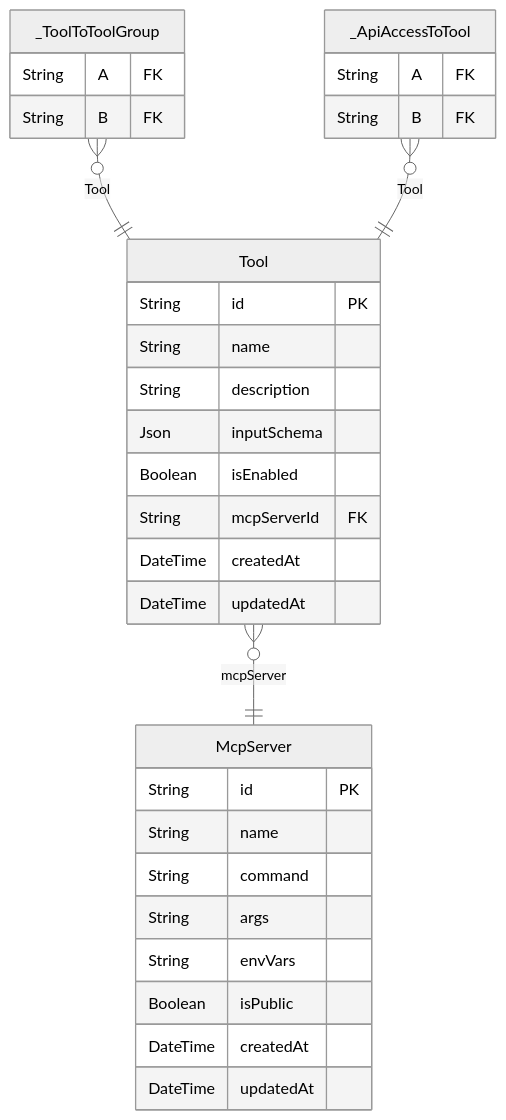
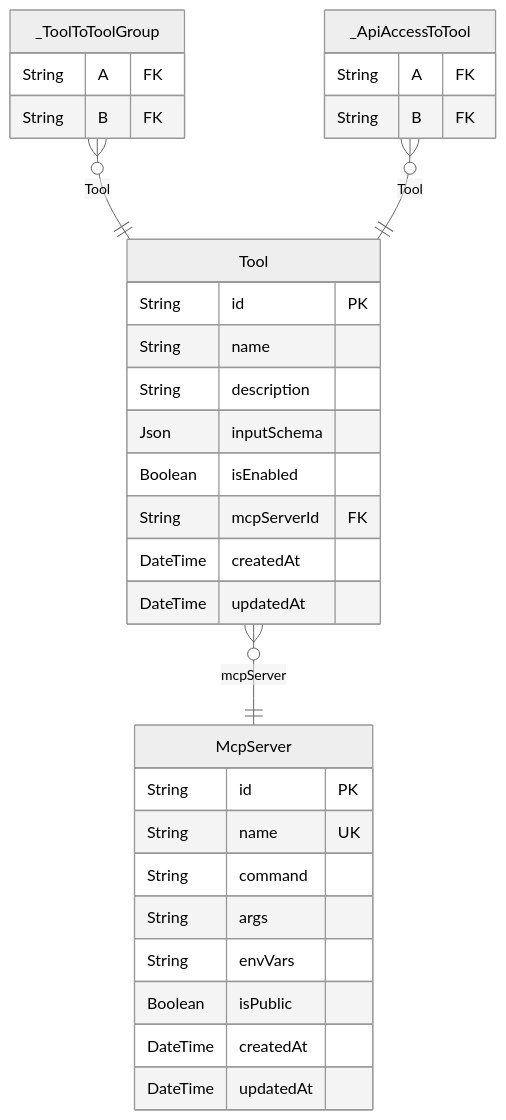
One commit to rayven122/tumiki changed the second of 3 diagrams in prisma/README.md. Above: the diagram before and after it, drawn with Mermaid (neutral theme). The commit also changed 3 other files, not shown here.

````diff
--- a/prisma/README.md
+++ b/prisma/README.md
@@ -117,34 +117,34 @@
 ```mermaid
 erDiagram
 "McpServer" {
   String id PK
-  String name
+  String name UK
   String command
   String args
   String envVars
   Boolean isPublic
   DateTime createdAt
   DateTime updatedAt
 }
 "Tool" {
   String id PK
   String name
   String description
   Json inputSchema
   Boolean isEnabled
   String mcpServerId FK
   DateTime createdAt
   DateTime updatedAt
 }
 "_ToolToToolGroup" {
   String A FK
   String B FK
 }
 "_ApiAccessToTool" {
   String A FK
   String B FK
 }
 "Tool" }o--|| "McpServer" : mcpServer
 "_ToolToToolGroup" }o--|| "Tool" : Tool
 "_ApiAccessToTool" }o--|| "Tool" : Tool
 ```
````
